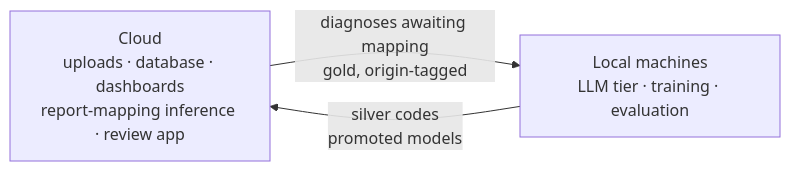
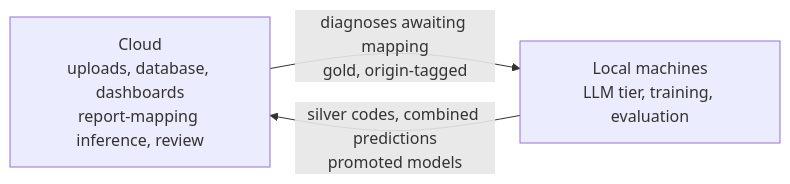
Before and after one commit to YugrajD/UC-Davis-VMTH-Cancer-Registry: the fourth of 6 diagrams in ml/documentation/concepts/icd-mapping-strategy.md, drawn with Mermaid. The commit also changed other lines of this file and 96 other files, not shown here.

Commit message:
Reorganize ML docs into concepts/how-to/reference/history with Mermaid diagrams, experiment records and a docs checker test

````diff
--- a/ml/documentation/concepts/icd-mapping-strategy.md
+++ b/ml/documentation/concepts/icd-mapping-strategy.md
@@ -199,7 +163,7 @@
 ```mermaid
 flowchart LR
-    CLOUD["Cloud<br/>uploads · database · dashboards<br/>report-mapping inference · review app"]
-    LOCAL["Local machines<br/>LLM tier · training · evaluation"]
-    CLOUD -- "diagnoses awaiting mapping<br/>gold, origin-tagged" --> LOCAL
-    LOCAL -- "silver codes<br/>promoted models" --> CLOUD
+    cloud["Cloud<br>uploads, database, dashboards<br>report-mapping inference, review"]
+    local["Local machines<br>LLM tier, training, evaluation"]
+    cloud -- "diagnoses awaiting mapping<br>gold, origin-tagged" --> local
+    local -- "silver codes, combined predictions<br>promoted models" --> cloud
 ```
````
